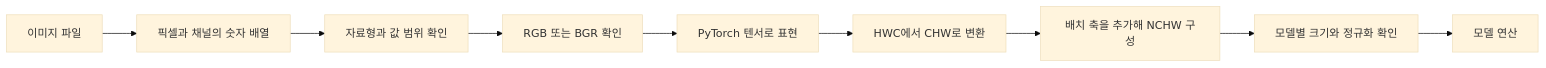
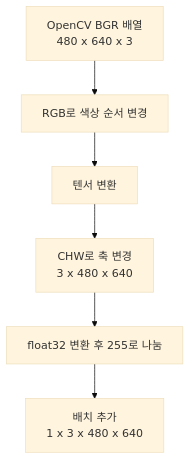
One commit to jaemin-devlog/AI-Study changed the third of 3 diagrams in topics/computer-vision/01-컴퓨터-비전과-이미지-데이터.md. Above: the diagram before and after it, drawn with Mermaid (base theme). The commit also changed other lines of this file and 4 other files, not shown here.

````diff
--- a/topics/computer-vision/01-컴퓨터-비전과-이미지-데이터.md
+++ b/topics/computer-vision/01-컴퓨터-비전과-이미지-데이터.md
@@ -295,11 +78,8 @@
 ```mermaid
-flowchart LR
-    A[이미지 파일] --> B[픽셀과 채널의 숫자 배열]
-    B --> C[자료형과 값 범위 확인]
-    C --> D[RGB 또는 BGR 확인]
-    D --> E[PyTorch 텐서로 표현]
-    E --> F[HWC에서 CHW로 변환]
-    F --> G[배치 축을 추가해 NCHW 구성]
-    G --> H[모델별 크기와 정규화 확인]
-    H --> I[모델 연산]
+flowchart TB
+    A["OpenCV BGR 배열<br/>480 x 640 x 3"] --> B[RGB로 색상 순서 변경]
+    B --> C[텐서 변환]
+    C --> D["CHW로 축 변경<br/>3 x 480 x 640"]
+    D --> E[float32 변환 후 255로 나눔]
+    E --> F["배치 추가<br/>1 x 3 x 480 x 640"]
 ```
````
